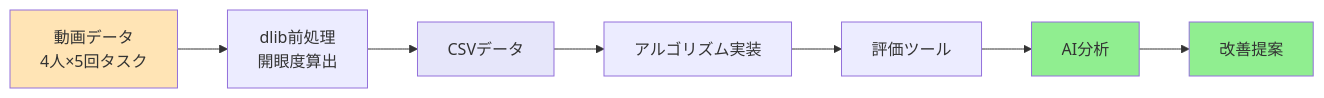
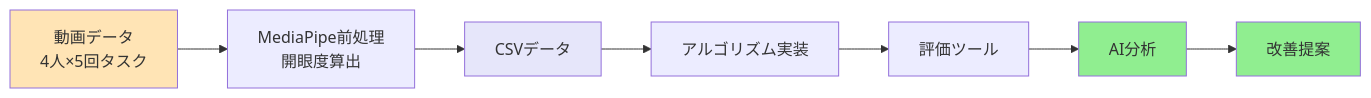
Before and after one commit to abekoki/Improve_algorithm_development: the second of 2 diagrams in README.md, drawn with Mermaid. The commit also changed other lines of this file and 3 other files, not shown here.

````diff
--- a/README.md
+++ b/README.md
@@ -114,14 +114,14 @@
 ```mermaid
 graph LR
-    A[動画データ<br/>4人×5回タスク] --> B[dlib前処理<br/>開眼度算出]
+    A[動画データ<br/>4人×5回タスク] --> B[MediaPipe前処理<br/>開眼度算出]
     B --> C[CSVデータ]
     C --> D[アルゴリズム実装]
     D --> E[評価ツール]
     E --> F[AI分析]
     F --> G[改善提案]
     
     style A fill:#FFE4B5
     style C fill:#E6E6FA
     style F fill:#90EE90
     style G fill:#90EE90
 ```
````
